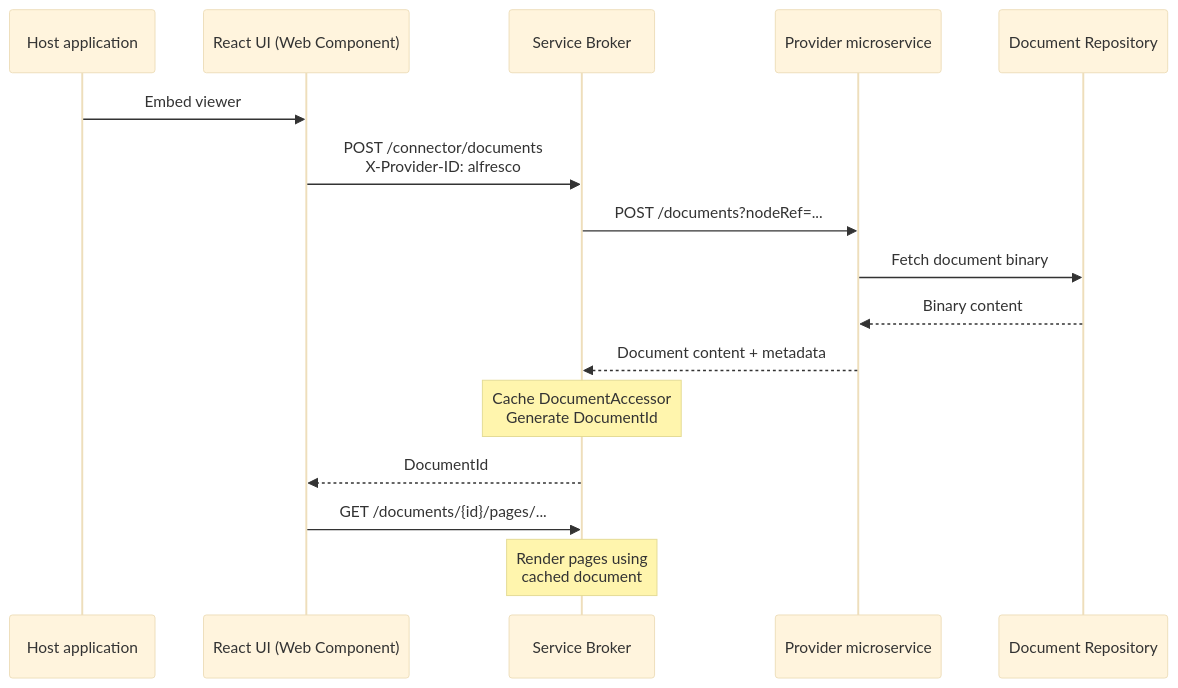
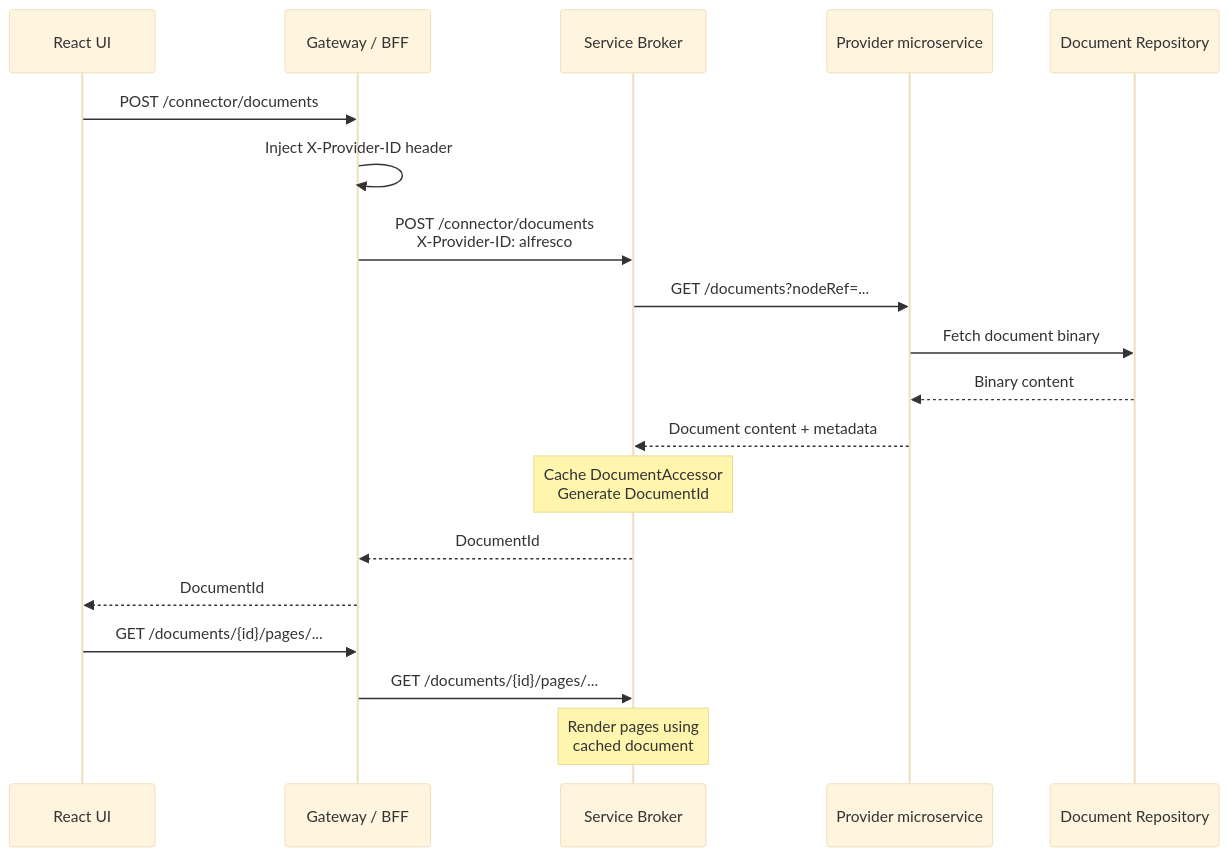
The first of 2 diagrams in docs/arender/guides/integration/connector-providers.md (Uxopian/uxodocs), drawn with Mermaid (base theme) before and after one commit. The commit also changed other lines of this file and 5 other files, not shown here.

First line of the commit message:
AR-18228 Introduce reverse proxy / BFF layer in Modern Viewer documentation

````diff
--- a/docs/arender/guides/integration/connector-providers.md
+++ b/docs/arender/guides/integration/connector-providers.md
@@ -38,19 +26,22 @@
 ```mermaid
 sequenceDiagram
-    participant Host as Host application
-    participant React as React UI (Web Component)
+    participant React as React UI
+    participant GW as Gateway / BFF
     participant Broker as Service Broker
     participant Provider as Provider microservice
     participant Repo as Document Repository
 
-    Host->>React: Embed viewer
-    React->>Broker: POST /connector/documents<br/>X-Provider-ID: alfresco
-    Broker->>Provider: POST /documents?nodeRef=...
+    React->>GW: POST /connector/documents
+    GW->>GW: Inject X-Provider-ID header
+    GW->>Broker: POST /connector/documents<br/>X-Provider-ID: alfresco
+    Broker->>Provider: GET /documents?nodeRef=...
     Provider->>Repo: Fetch document binary
     Repo-->>Provider: Binary content
     Provider-->>Broker: Document content + metadata
     Note over Broker: Cache DocumentAccessor<br/>Generate DocumentId
-    Broker-->>React: DocumentId
-    React->>Broker: GET /documents/{id}/pages/...
+    Broker-->>GW: DocumentId
+    GW-->>React: DocumentId
+    React->>GW: GET /documents/{id}/pages/...
+    GW->>Broker: GET /documents/{id}/pages/...
     Note over Broker: Render pages using<br/>cached document
 ```
````
